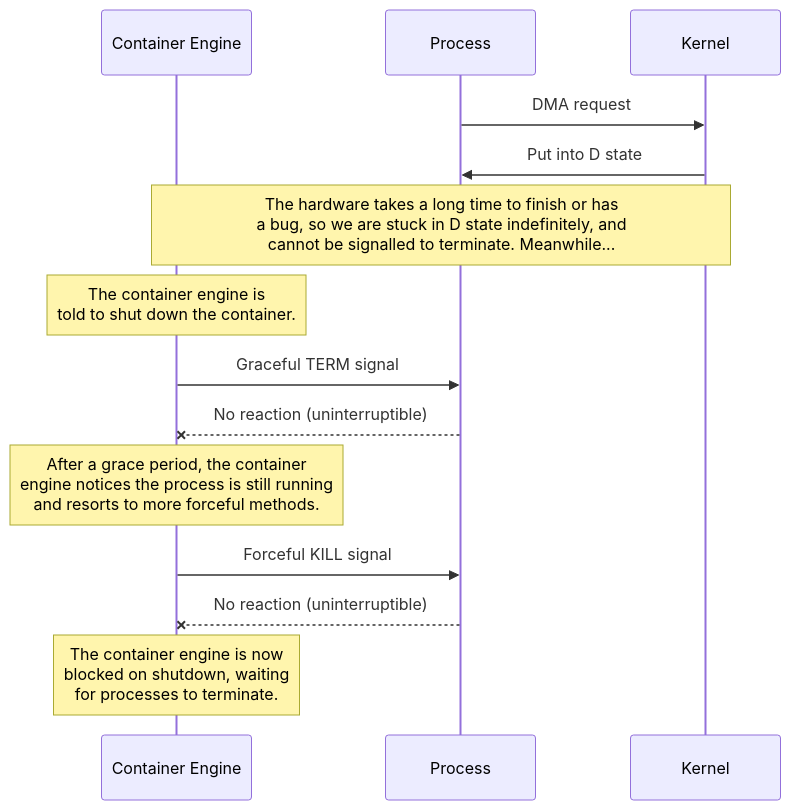
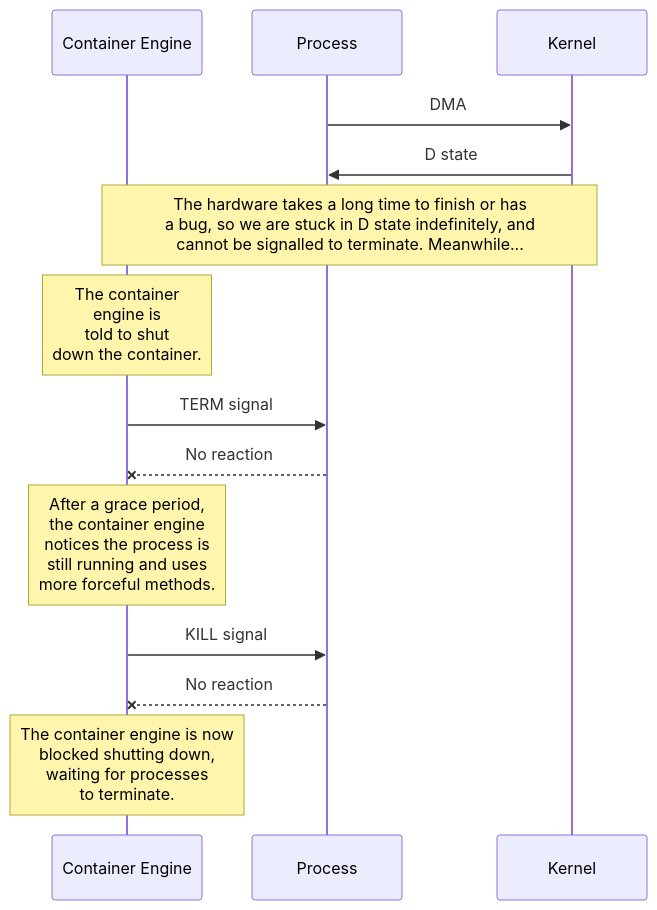
One commit to cdown/chrisdown.name changed the diagram in _posts_todo/2024-01-23-reliably-creating-d-state-processes-on-demand.md. Above: the diagram before and after it, drawn with Mermaid. The commit also changed other lines of this file and 1 other file, not shown here.

Commit message:
vfork: Move diagram to sidenote

```diff
--- a/_posts_todo/2024-01-23-reliably-creating-d-state-processes-on-demand.md
+++ b/_posts_todo/2024-01-23-reliably-creating-d-state-processes-on-demand.md
@@ -82,22 +83,22 @@
 <div class="mermaid">
 sequenceDiagram
     participant CE as Container Engine
     participant P as Process
     participant K as Kernel
 
-    P->>K: DMA request
-    K->>P: Put into D state
+    P->>K: DMA
+    K->>P: D state
 
     Note over CE,K: The hardware takes a long time to finish or has<br>a bug, so we are stuck in D state indefinitely, and<br>cannot be signalled to terminate. Meanwhile...
 
-    Note over CE: The container engine is<br>told to shut down the container.
-    CE->>P: Graceful TERM signal
-    P--xCE: No reaction (uninterruptible)
+    Note over CE: The container<br>engine is<br>told to shut<br>down the container.
+    CE->>P: TERM signal
+    P--xCE: No reaction
 
-    Note over CE: After a grace period, the container<br>engine notices the process is still running<br>and resorts to more forceful methods.
+    Note over CE: After a grace period,<br>the container engine<br>notices the process is<br>still running and uses<br>more forceful methods.
 
-    CE->>P: Forceful KILL signal
-    P--xCE: No reaction (uninterruptible)
+    CE->>P: KILL signal
+    P--xCE: No reaction
 
-    Note over CE: The container engine is now<br>blocked on shutdown, waiting<br>for processes to terminate.
+    Note over CE: The container engine is now<br>blocked shutting down,<br> waiting for processes<br>to terminate.
 </div>
```
